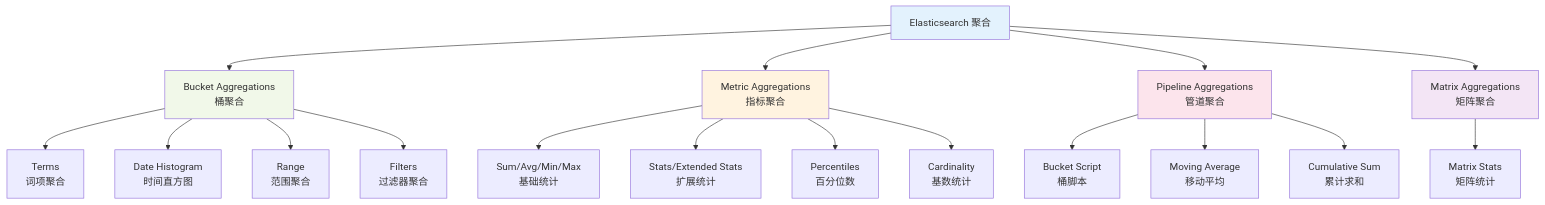
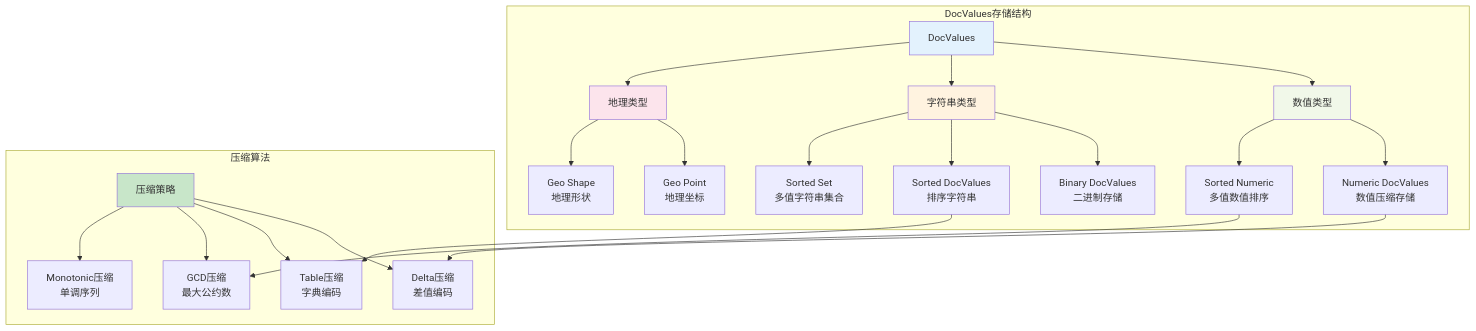
One commit to ralph-wren/TechStack-Handbook changed the seventh of 30 diagrams in 32.elasticsearch.md. Above: the diagram before and after it, drawn with Mermaid. The commit also changed other lines of this file and 2 other files, not shown here.

````diff
--- a/32.elasticsearch.md
+++ b/32.elasticsearch.md
@@ -527,29 +372,35 @@
 ```mermaid
 graph TB
-    A["Elasticsearch 聚合"] --> B["Bucket Aggregations<br/>桶聚合"]
-    A --> C["Metric Aggregations<br/>指标聚合"]
-    A --> D["Pipeline Aggregations<br/>管道聚合"]
-    A --> E["Matrix Aggregations<br/>矩阵聚合"]
+    subgraph "DocValues存储结构"
+        A["DocValues"] --> B["数值类型"]
+        A --> C["字符串类型"]
+        A --> D["地理类型"]
+        
+        B --> B1["Numeric DocValues<br/>数值压缩存储"]
+        B --> B2["Sorted Numeric<br/>多值数值排序"]
+        
+        C --> C1["Binary DocValues<br/>二进制存储"]
+        C --> C2["Sorted DocValues<br/>排序字符串"]
+        C --> C3["Sorted Set<br/>多值字符串集合"]
+        
+        D --> D1["Geo Point<br/>地理坐标"]
+        D --> D2["Geo Shape<br/>地理形状"]
+    end
     
-    B --> B1["Terms<br/>词项聚合"]
-    B --> B2["Date Histogram<br/>时间直方图"]
-    B --> B3["Range<br/>范围聚合"]
-    B --> B4["Filters<br/>过滤器聚合"]
+    subgraph "压缩算法"
+        E["压缩策略"] --> E1["Delta压缩<br/>差值编码"]
+        E --> E2["Table压缩<br/>字典编码"]
+        E --> E3["GCD压缩<br/>最大公约数"]
+        E --> E4["Monotonic压缩<br/>单调序列"]
+    end
     
-    C --> C1["Sum/Avg/Min/Max<br/>基础统计"]
-    C --> C2["Stats/Extended Stats<br/>扩展统计"]
-    C --> C3["Percentiles<br/>百分位数"]
-    C --> C4["Cardinality<br/>基数统计"]
-    
-    D --> D1["Bucket Script<br/>桶脚本"]
-    D --> D2["Moving Average<br/>移动平均"]
-    D --> D3["Cumulative Sum<br/>累计求和"]
-    
-    E --> E1["Matrix Stats<br/>矩阵统计"]
+    B1 --> E1
+    C2 --> E2
+    B2 --> E3
     
     style A fill:#e3f2fd
     style B fill:#f1f8e9
     style C fill:#fff3e0
     style D fill:#fce4ec
-    style E fill:#f3e5f5
+    style E fill:#c8e6c9
 ```
````
